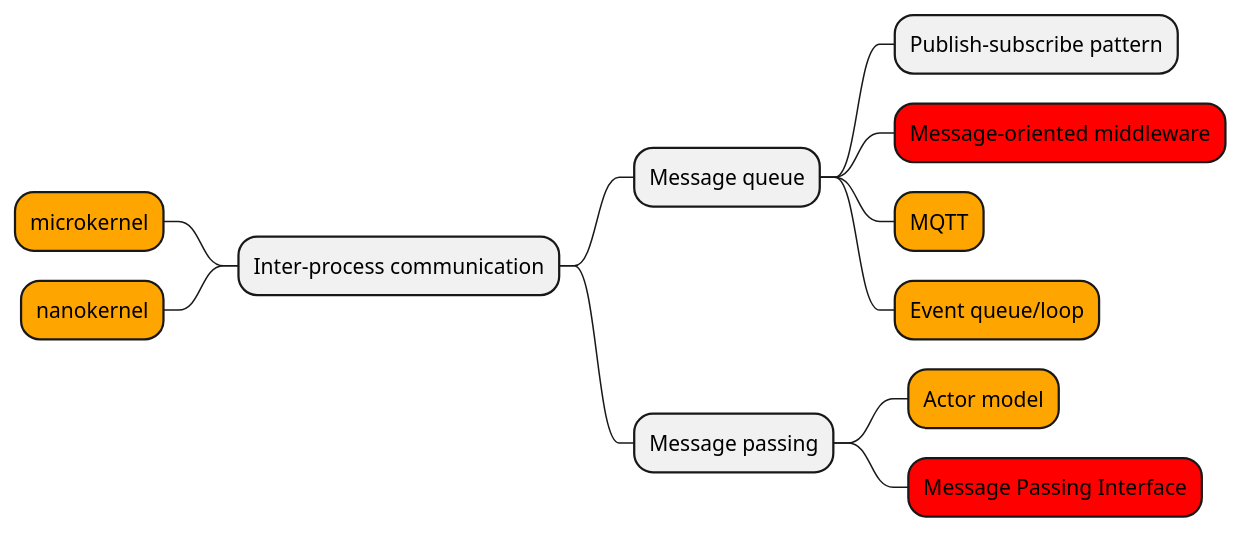
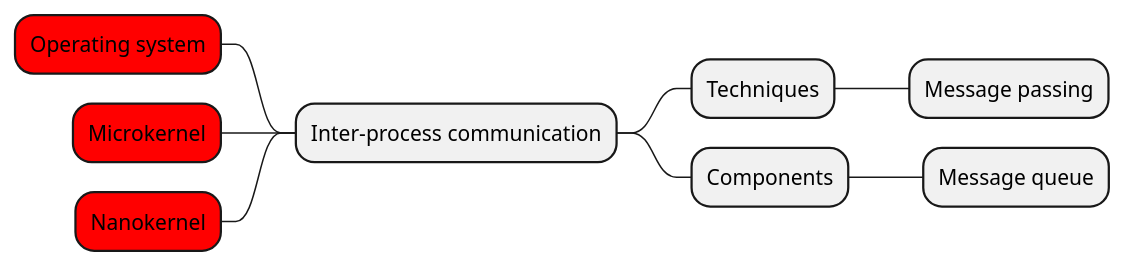
The first of 2 diagrams in programming/embedded/project/message-passing.md (renemoll/wiki), drawn with PlantUML before and after one commit. The commit also changed other lines of this file, not shown here.

Commit message:
docs: update programming/embedded/project/message-passing

````diff
--- a/programming/embedded/project/message-passing.md
+++ b/programming/embedded/project/message-passing.md
@@ -15,15 +15,13 @@
 ```plantuml
 @startmindmap
 + Inter-process communication
---[#Orange] microkernel
---[#Orange] nanokernel
-++ Message queue
-+++ Publish–subscribe pattern
-+++[#Red] Message-oriented middleware
-+++[#Orange] MQTT
-+++[#Orange] Event queue/loop
-++ Message passing
-+++[#Orange] Actor model
-+++[#Red] Message Passing Interface
+--[#Red] Operating system
+--[#Red] Microkernel
+--[#Red] Nanokernel
+++ Techniques
++++ Message passing
+++ Components
++++ Message queue
+
 @endmindmap
 ```
````
